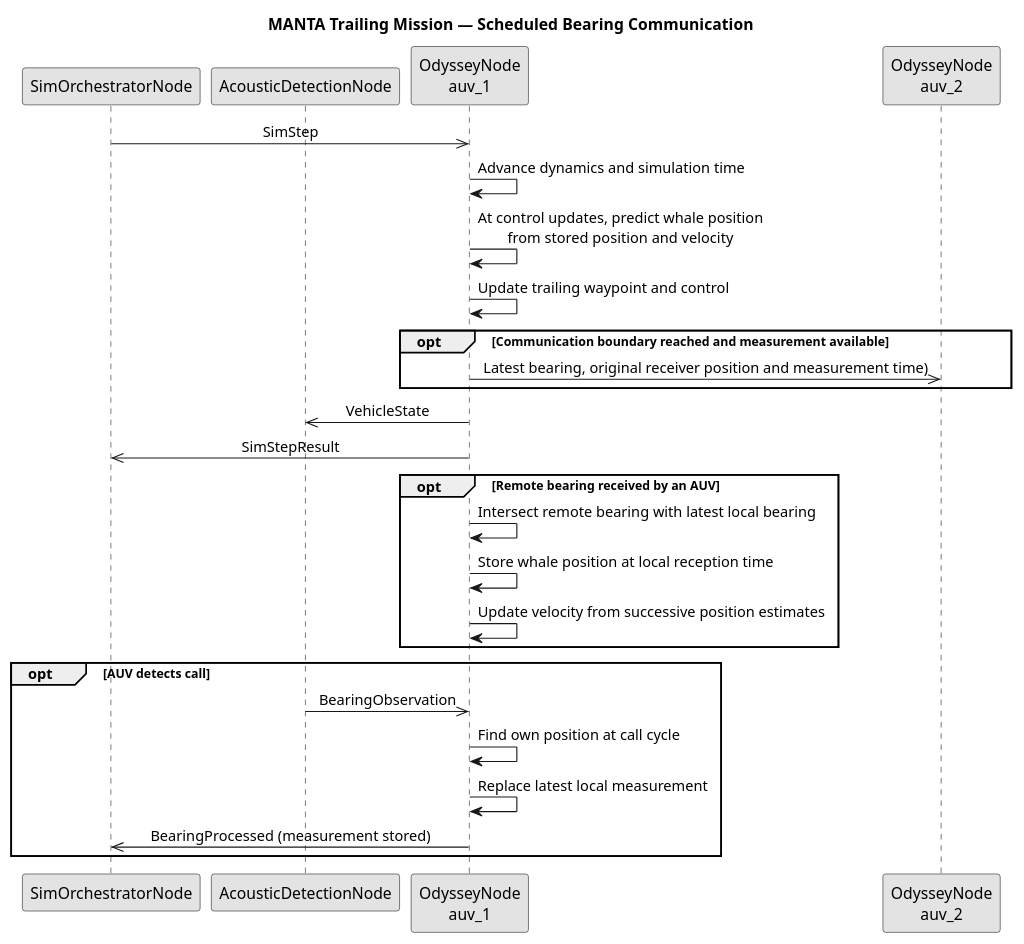
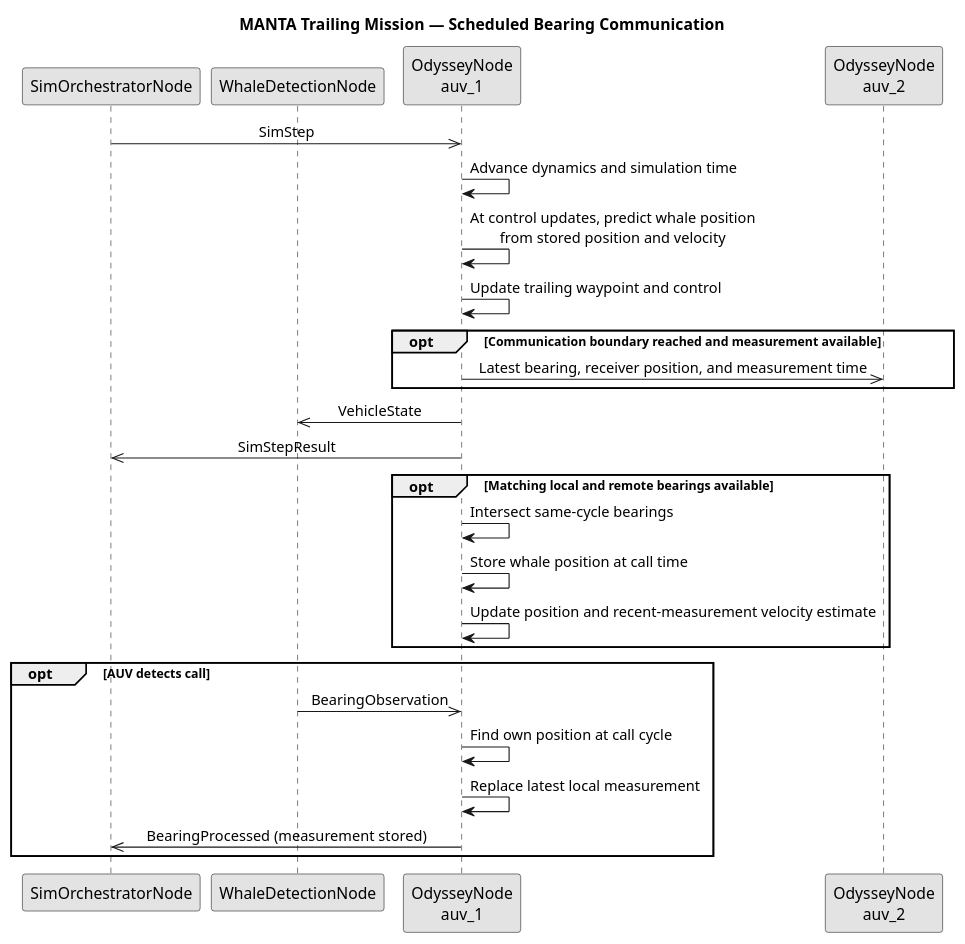
Before and after one commit to Tebcherani/MANTA: the diagram in components/manta_odyssey/docs/odyssey_sequence.puml, drawn with PlantUML. The commit also changed 7 other files, not shown here.

```diff
--- a/components/manta_odyssey/docs/odyssey_sequence.puml
+++ b/components/manta_odyssey/docs/odyssey_sequence.puml
@@ -1,39 +1,39 @@
 @startuml
 title MANTA Trailing Mission — Scheduled Bearing Communication
 
 skinparam monochrome true
 skinparam shadowing false
 skinparam sequenceMessageAlign center
 skinparam responseMessageBelowArrow true
 
 participant "SimOrchestratorNode" as Orchestrator
-participant "AcousticDetectionNode" as Detection
+participant "WhaleDetectionNode" as Detection
 participant "OdysseyNode\nauv_1" as AUV1
 participant "OdysseyNode\nauv_2" as AUV2
 
 Orchestrator ->> AUV1 : SimStep
 AUV1 -> AUV1 : Advance dynamics and simulation time
 AUV1 -> AUV1 : At control updates, predict whale position\nfrom stored position and velocity
 AUV1 -> AUV1 : Update trailing waypoint and control
 
 opt Communication boundary reached and measurement available
-    AUV1 ->> AUV2 : Latest bearing, original receiver position and measurement time)
+    AUV1 ->> AUV2 : Latest bearing, receiver position, and measurement time
 end
 
 AUV1 ->> Detection : VehicleState
 AUV1 ->> Orchestrator : SimStepResult
 
-opt Remote bearing received by an AUV
-    AUV1 -> AUV1 : Intersect remote bearing with latest local bearing
-    AUV1 -> AUV1 : Store whale position at local reception time
-    AUV1 -> AUV1 : Update velocity from successive position estimates
+opt Matching local and remote bearings available
+    AUV1 -> AUV1 : Intersect same-cycle bearings
+    AUV1 -> AUV1 : Store whale position at call time
+    AUV1 -> AUV1 : Update position and recent-measurement velocity estimate
 end
 
 opt AUV detects call
     Detection ->> AUV1 : BearingObservation
     AUV1 -> AUV1 : Find own position at call cycle
     AUV1 -> AUV1 : Replace latest local measurement
     AUV1 ->> Orchestrator : BearingProcessed (measurement stored)
 end
 
 @enduml
```
